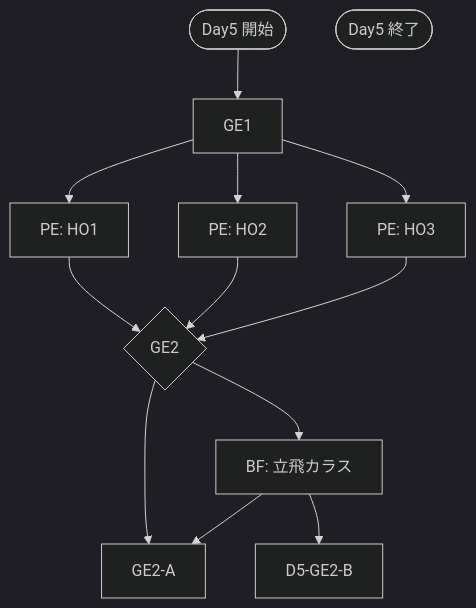
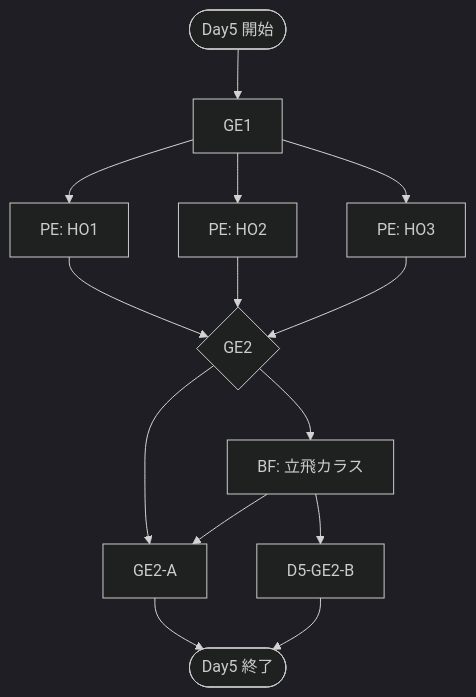
The fifth of 5 diagrams in specs/routing.md (KarasuTatehi/last-resort-disturbance), drawn with Mermaid (dark theme) before and after one commit. The commit also changed other lines of this file, not shown here.

````diff
--- a/specs/routing.md
+++ b/specs/routing.md
@@ -135,21 +135,21 @@
 ```mermaid
 flowchart TD
 D5S([Day5 開始])
 D5-GE1["GE1"]
 D5-PE-HO1["PE: HO1"]
 D5-PE-HO2["PE: HO2"]
 D5-PE-HO3["PE: HO3"]
 D5-GE2{"GE2"}
 D5-GE2-A["GE2-A"]
 D5-BF["BF: 立飛カラス"]
 D5E([Day5 終了])
 
 D5S -->
 D5-GE1 -->
 D5-PE-HO1 & D5-PE-HO2 & D5-PE-HO3 -->
 D5-GE2 -->
 D5-GE2-A & D5-BF
 D5-BF -->
-D5-GE2-A & D5-GE2-B
+D5-GE2-A & D5-GE2-B -->
 D5E
 ```
````
